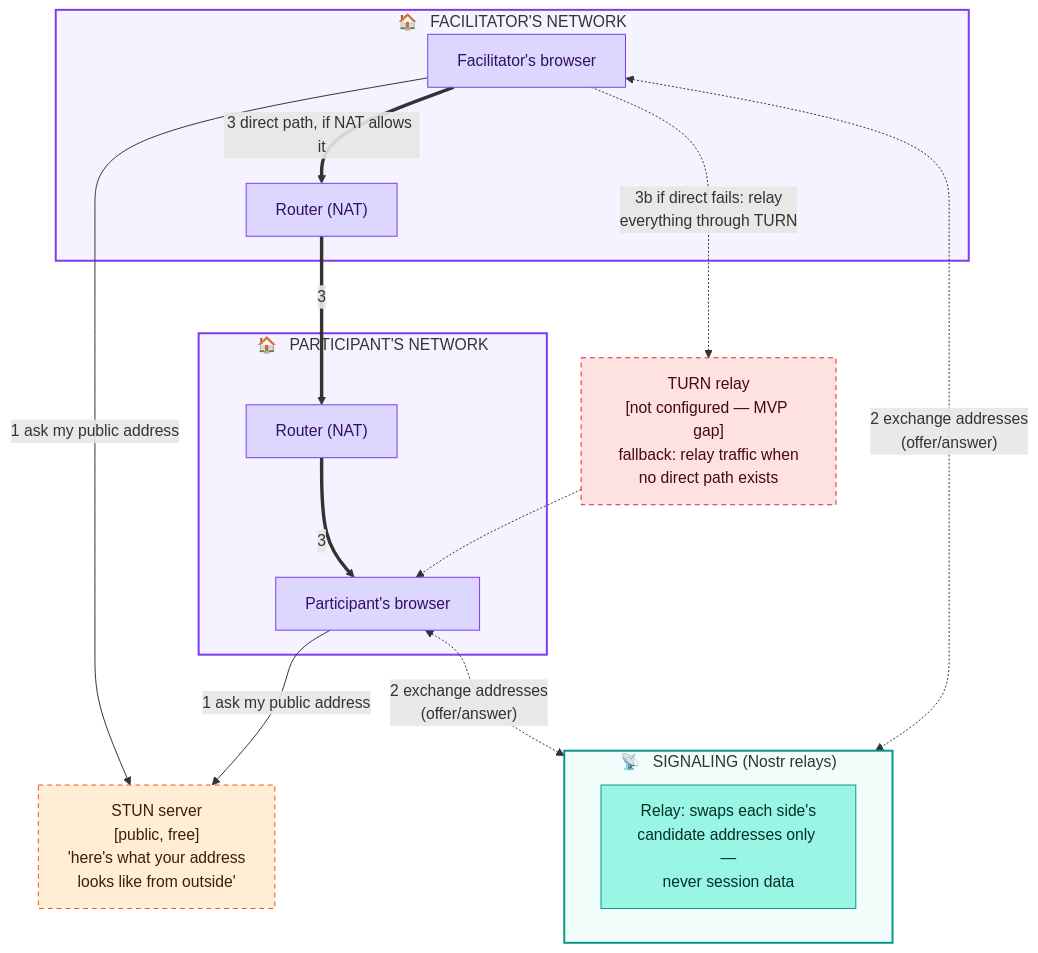
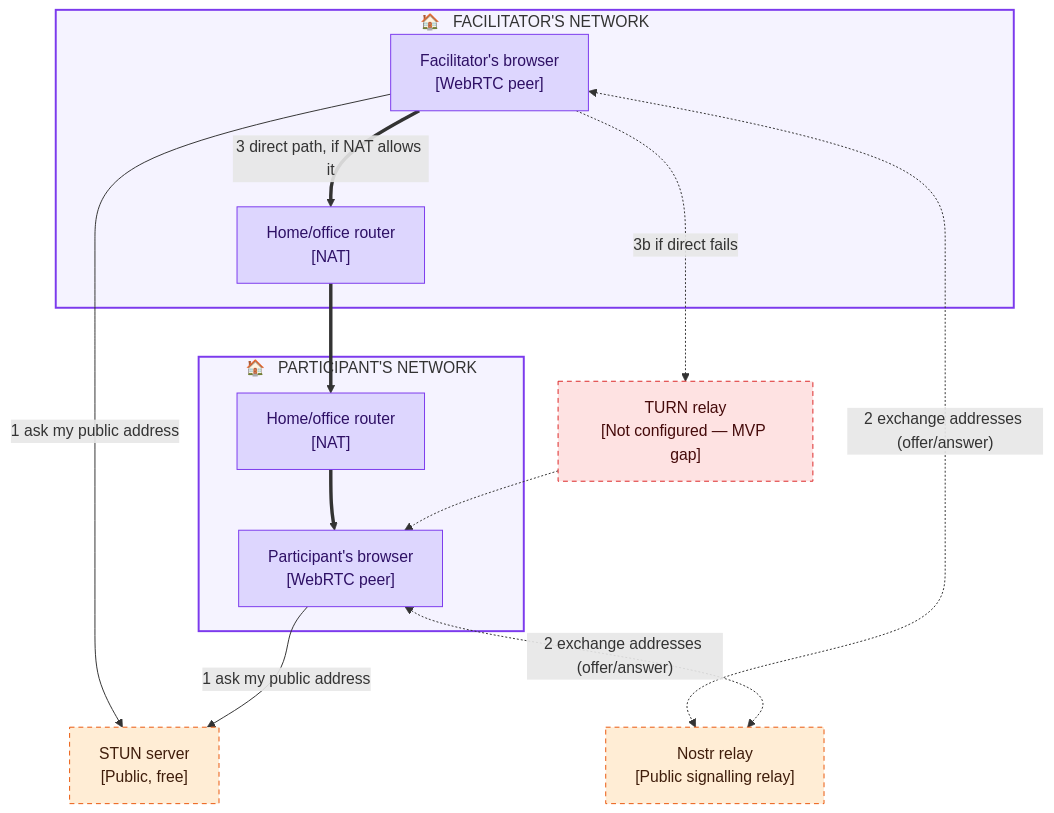
The seventh of 7 diagrams in docs/concepts/collaboration-mode.md (cfisch3r/estimate), drawn with Mermaid before and after one commit. The commit also changed other lines of this file and 14 other files, not shown here.

````diff
--- a/docs/concepts/collaboration-mode.md
+++ b/docs/concepts/collaboration-mode.md
@@ -223,41 +256,36 @@
 ```mermaid
 flowchart TD
   subgraph facnet["🏠 &nbsp; FACILITATOR'S NETWORK"]
-    FB["Facilitator's browser"]
-    FNAT["Router (NAT)"]
-  end
-  subgraph signal["📡 &nbsp; SIGNALING (Nostr relays)"]
-    direction LR
-    Sig["Relay: swaps each side's<br/>candidate addresses only —<br/>never session data"]
+    FB["Facilitator's browser<br/>[WebRTC peer]"]
+    FNAT["Home/office router<br/>[NAT]"]
   end
   subgraph parnet["🏠 &nbsp; PARTICIPANT'S NETWORK"]
-    PNAT["Router (NAT)"]
-    PB["Participant's browser"]
+    PNAT["Home/office router<br/>[NAT]"]
+    PB["Participant's browser<br/>[WebRTC peer]"]
   end
-  Stun["STUN server<br/>[public, free]<br/>'here's what your address<br/>looks like from outside'"]
-  Turn["TURN relay<br/>[not configured — MVP gap]<br/>fallback: relay traffic when<br/>no direct path exists"]
+
+  Sig["Nostr relay<br/>[Public signalling relay]"]
+  Stun["STUN server<br/>[Public, free]"]
+  Turn["TURN relay<br/>[Not configured — MVP gap]"]
 
   FB -->|"1 ask my public address"| Stun
   PB -->|"1 ask my public address"| Stun
-  FB <-.->|"2 exchange addresses<br/>(offer/answer)"| Sig
-  PB <-.->|"2 exchange addresses<br/>(offer/answer)"| Sig
+  FB <-.->|"2 exchange addresses (offer/answer)"| Sig
+  PB <-.->|"2 exchange addresses (offer/answer)"| Sig
   FB ==>|"3 direct path, if NAT allows it"| FNAT
-  FNAT ==>|"3"| PNAT
-  PNAT ==>|"3"| PB
-  FB -.->|"3b if direct fails: relay<br/>everything through TURN"| Turn
+  FNAT ==> PNAT
+  PNAT ==> PB
+  FB -.->|"3b if direct fails"| Turn
   Turn -.-> PB
 
   classDef net fill:#DDD6FE,stroke:#7C3AED,color:#2E1065
-  classDef sig fill:#99F6E4,stroke:#0D9488,color:#042F2A
   classDef ext fill:#FFEDD5,stroke:#EA580C,color:#3F1D0B,stroke-dasharray:5 4
   classDef gap fill:#FEE2E2,stroke:#DC2626,color:#450A0A,stroke-dasharray:5 4
 
   class FB,FNAT,PNAT,PB net
-  class Sig sig
-  class Stun ext
+  class Sig,Stun ext
   class Turn gap
 
   style facnet fill:#F5F3FF,stroke:#7C3AED,stroke-width:2px
-  style signal fill:#F0FDFA,stroke:#0D9488,stroke-width:2px
   style parnet fill:#F5F3FF,stroke:#7C3AED,stroke-width:2px
 ```
````
